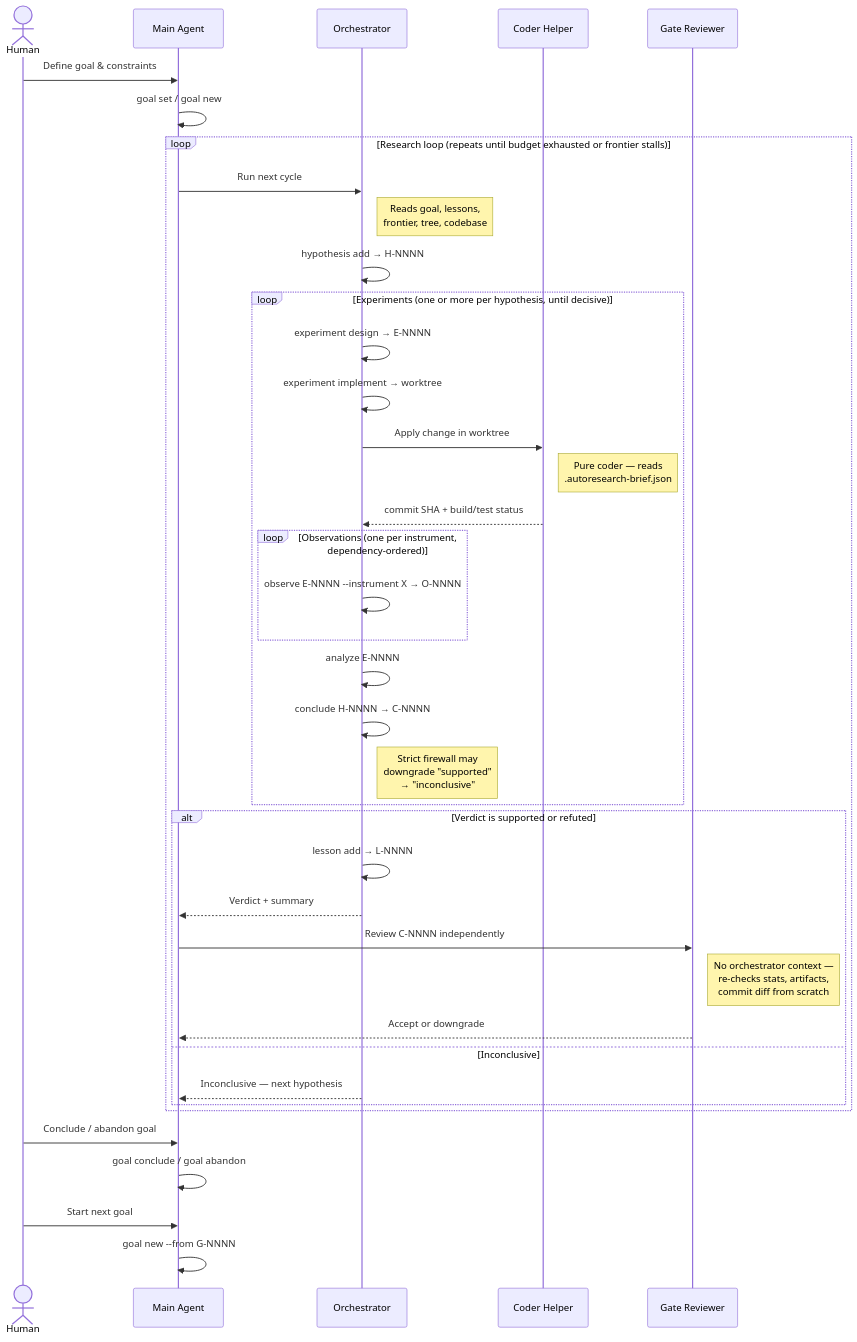
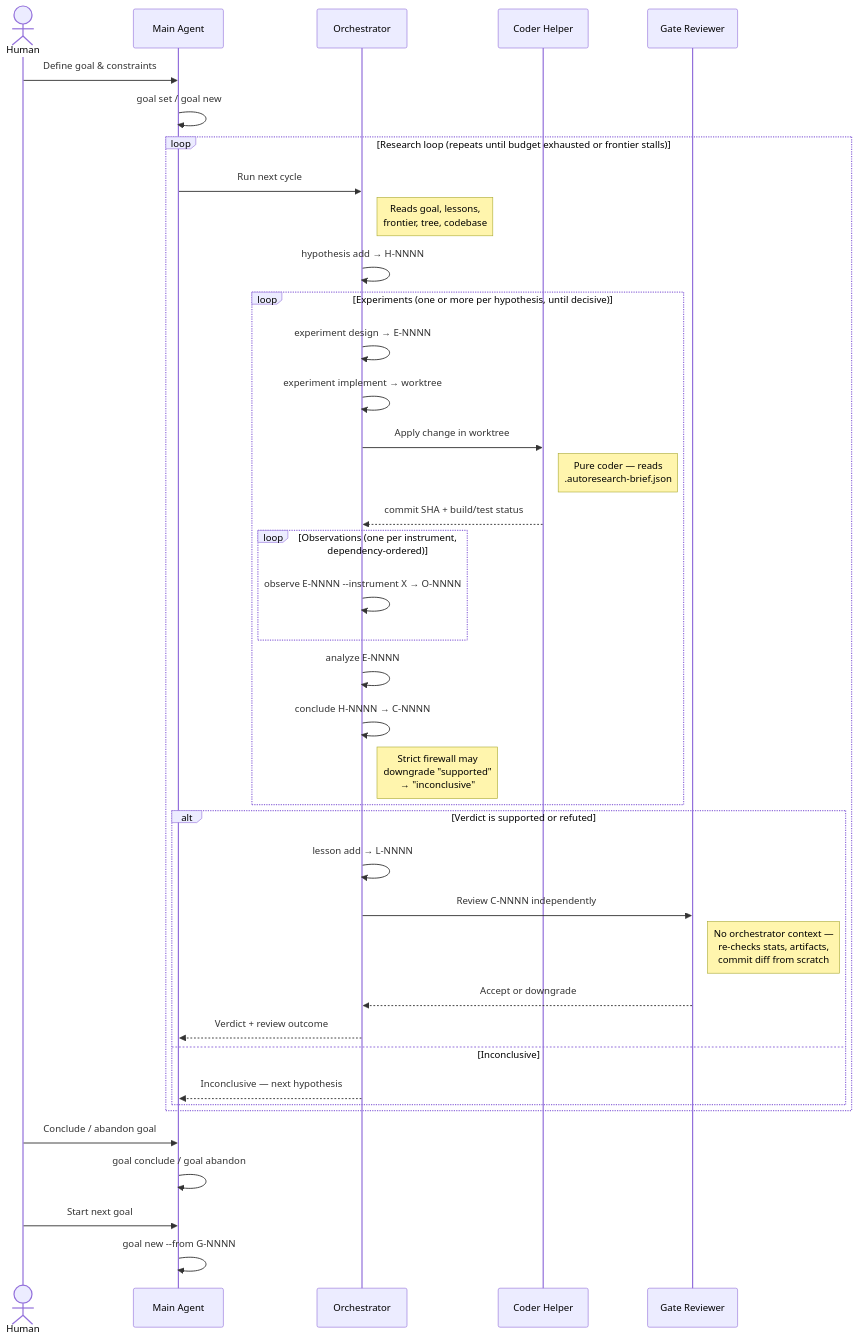
Before and after one commit to hugoferreira/autoresearch: the diagram in README.md, drawn with Mermaid. The commit also changed 6 other files, not shown here.

````diff
--- a/README.md
+++ b/README.md
@@ -27,51 +27,51 @@
 ```mermaid
 sequenceDiagram
     actor H as Human
     participant M as Main Agent
     participant O as Orchestrator
     participant C as Coder Helper
     participant GR as Gate Reviewer
 
     H ->> M: Define goal & constraints
     M ->> M: goal set / goal new
 
     loop Research loop (repeats until budget exhausted or frontier stalls)
         M ->> O: Run next cycle
 
         note right of O: Reads goal, lessons,<br/>frontier, tree, codebase
 
         O ->> O: hypothesis add → H-NNNN
 
         loop Experiments (one or more per hypothesis, until decisive)
             O ->> O: experiment design → E-NNNN
             O ->> O: experiment implement → worktree
 
             O ->> C: Apply change in worktree
             note right of C: Pure coder — reads<br/>.autoresearch-brief.json
             C -->> O: commit SHA + build/test status
 
             loop Observations (one per instrument, dependency-ordered)
                 O ->> O: observe E-NNNN --instrument X → O-NNNN
             end
 
             O ->> O: analyze E-NNNN
             O ->> O: conclude H-NNNN → C-NNNN
             note right of O: Strict firewall may<br/>downgrade "supported"<br/>→ "inconclusive"
         end
 
         alt Verdict is supported or refuted
             O ->> O: lesson add → L-NNNN
-            O -->> M: Verdict + summary
-            M ->> GR: Review C-NNNN independently
+            O ->> GR: Review C-NNNN independently
             note right of GR: No orchestrator context —<br/>re-checks stats, artifacts,<br/>commit diff from scratch
-            GR -->> M: Accept or downgrade
+            GR -->> O: Accept or downgrade
+            O -->> M: Verdict + review outcome
         else Inconclusive
             O -->> M: Inconclusive — next hypothesis
         end
     end
 
     H ->> M: Conclude / abandon goal
     M ->> M: goal conclude / goal abandon
     H ->> M: Start next goal
     M ->> M: goal new --from G-NNNN
 ```
````
